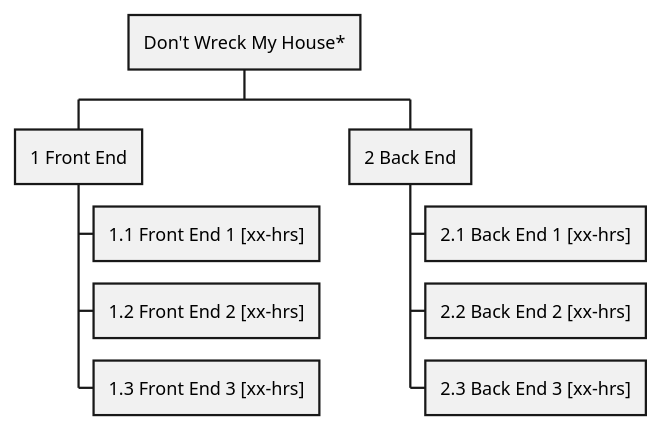
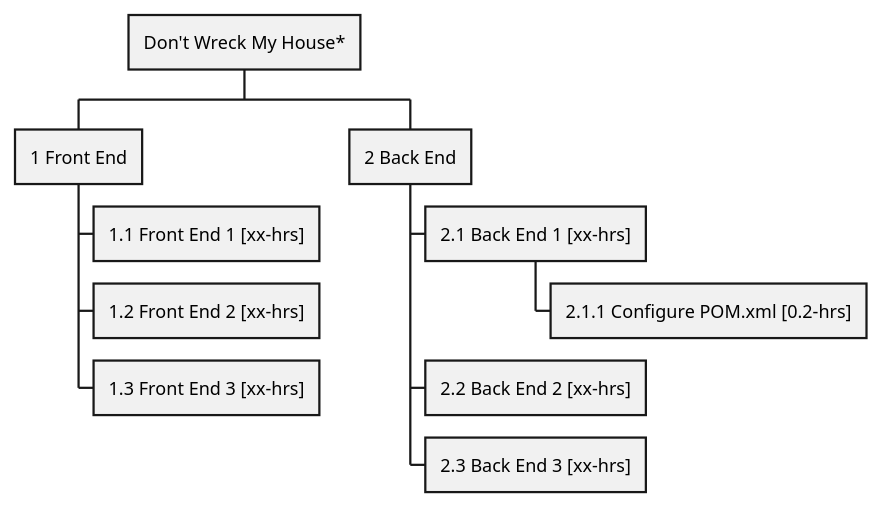
The first of 2 diagrams in week-05/DontWreckMyHouse/README.md (Miro-Stojanovic97/mirostoj-exercises-assessments), drawn with PlantUML before and after one commit. The commit also changed other lines of this file, not shown here.

````diff
--- a/week-05/DontWreckMyHouse/README.md
+++ b/week-05/DontWreckMyHouse/README.md
@@ -34,18 +71,19 @@
 ```plantuml
 @startwbs
 <style>
 node {
 MaximumWidth 300
 }
 </style>
 * Don't Wreck My House*
 ** 1 Front End
 *** 1.1 Front End 1 [xx-hrs]
 *** 1.2 Front End 2 [xx-hrs]
 *** 1.3 Front End 3 [xx-hrs]
 ** 2 Back End
 *** 2.1 Back End 1 [xx-hrs]
+**** 2.1.1 Configure POM.xml [0.2-hrs]
 *** 2.2 Back End 2 [xx-hrs]
 *** 2.3 Back End 3 [xx-hrs]
 @endwbs
 ```
````
